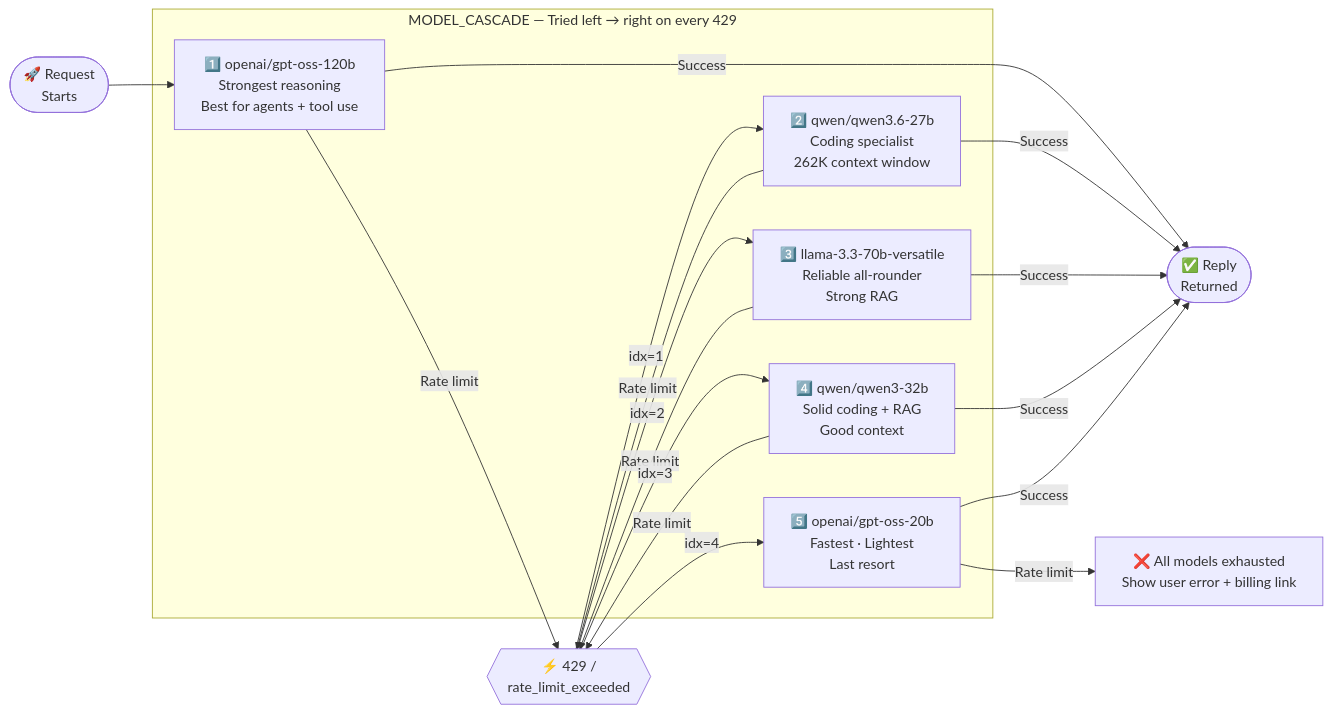
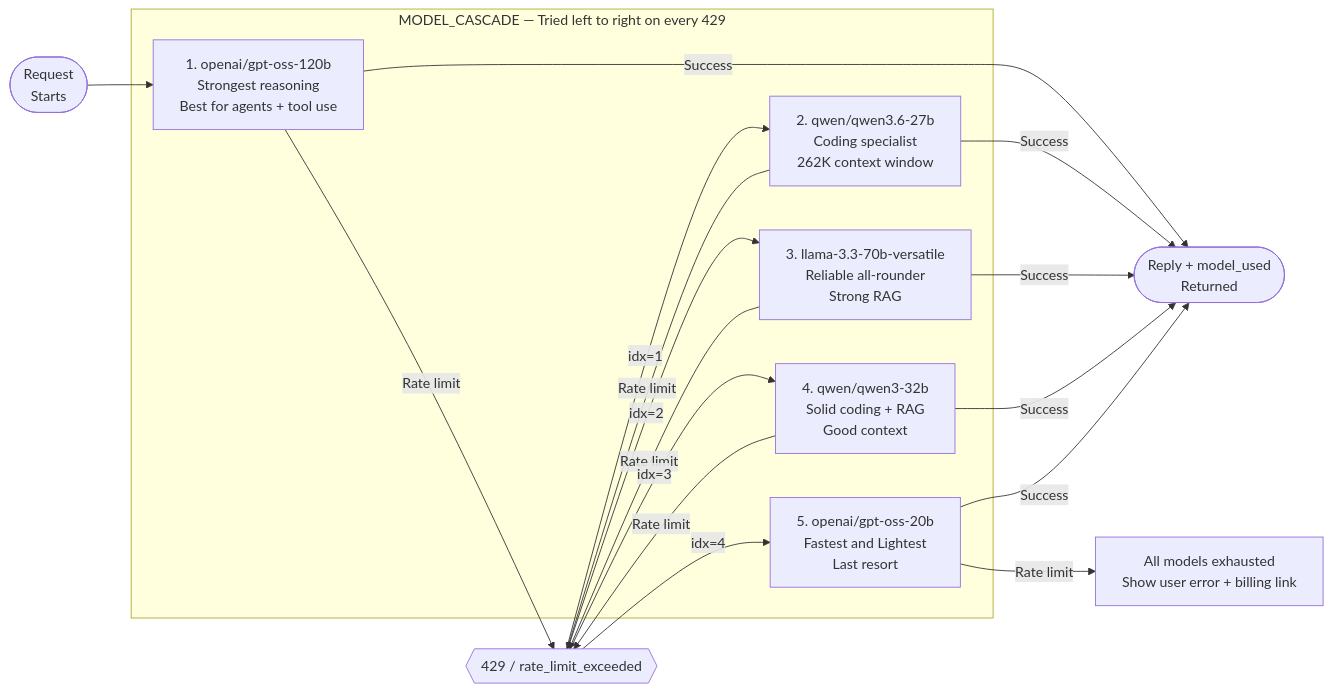
The fourth of 7 diagrams in readme.md (HAMZOO0/personal-research-agent), drawn with Mermaid before and after one commit. The commit also changed other lines of this file and 19 other files, not shown here.

````diff
--- a/readme.md
+++ b/readme.md
@@ -235,32 +402,32 @@
 ```mermaid
 flowchart LR
-    Start(["🚀 Request\nStarts"])
+    Start(["Request\nStarts"])
 
-    subgraph Cascade ["MODEL_CASCADE  —  Tried left → right on every 429"]
-        M1["1️⃣  openai/gpt-oss-120b\nStrongest reasoning\nBest for agents + tool use"]
-        M2["2️⃣  qwen/qwen3.6-27b\nCoding specialist\n262K context window"]
-        M3["3️⃣  llama-3.3-70b-versatile\nReliable all-rounder\nStrong RAG"]
-        M4["4️⃣  qwen/qwen3-32b\nSolid coding + RAG\nGood context"]
-        M5["5️⃣  openai/gpt-oss-20b\nFastest · Lightest\nLast resort"]
+    subgraph Cascade ["MODEL_CASCADE  —  Tried left to right on every 429"]
+        M1["1. openai/gpt-oss-120b\nStrongest reasoning\nBest for agents + tool use"]
+        M2["2. qwen/qwen3.6-27b\nCoding specialist\n262K context window"]
+        M3["3. llama-3.3-70b-versatile\nReliable all-rounder\nStrong RAG"]
+        M4["4. qwen/qwen3-32b\nSolid coding + RAG\nGood context"]
+        M5["5. openai/gpt-oss-20b\nFastest and Lightest\nLast resort"]
     end
 
-    RateLimit{{"⚡ 429 /\nrate_limit_exceeded"}}
-    Exhausted["❌ All models exhausted\nShow user error + billing link"]
-    Reply(["✅ Reply\nReturned"])
+    RateLimit{{"429 / rate_limit_exceeded"}}
+    Exhausted["All models exhausted\nShow user error + billing link"]
+    Reply(["Reply + model_used\nReturned"])
 
     Start --> M1
     M1 -->|"Success"| Reply
     M1 -->|"Rate limit"| RateLimit
     RateLimit -->|"idx=1"| M2
     M2 -->|"Success"| Reply
     M2 -->|"Rate limit"| RateLimit
     RateLimit -->|"idx=2"| M3
     M3 -->|"Success"| Reply
     M3 -->|"Rate limit"| RateLimit
     RateLimit -->|"idx=3"| M4
     M4 -->|"Success"| Reply
     M4 -->|"Rate limit"| RateLimit
     RateLimit -->|"idx=4"| M5
     M5 -->|"Success"| Reply
     M5 -->|"Rate limit"| Exhausted
 ```
````
